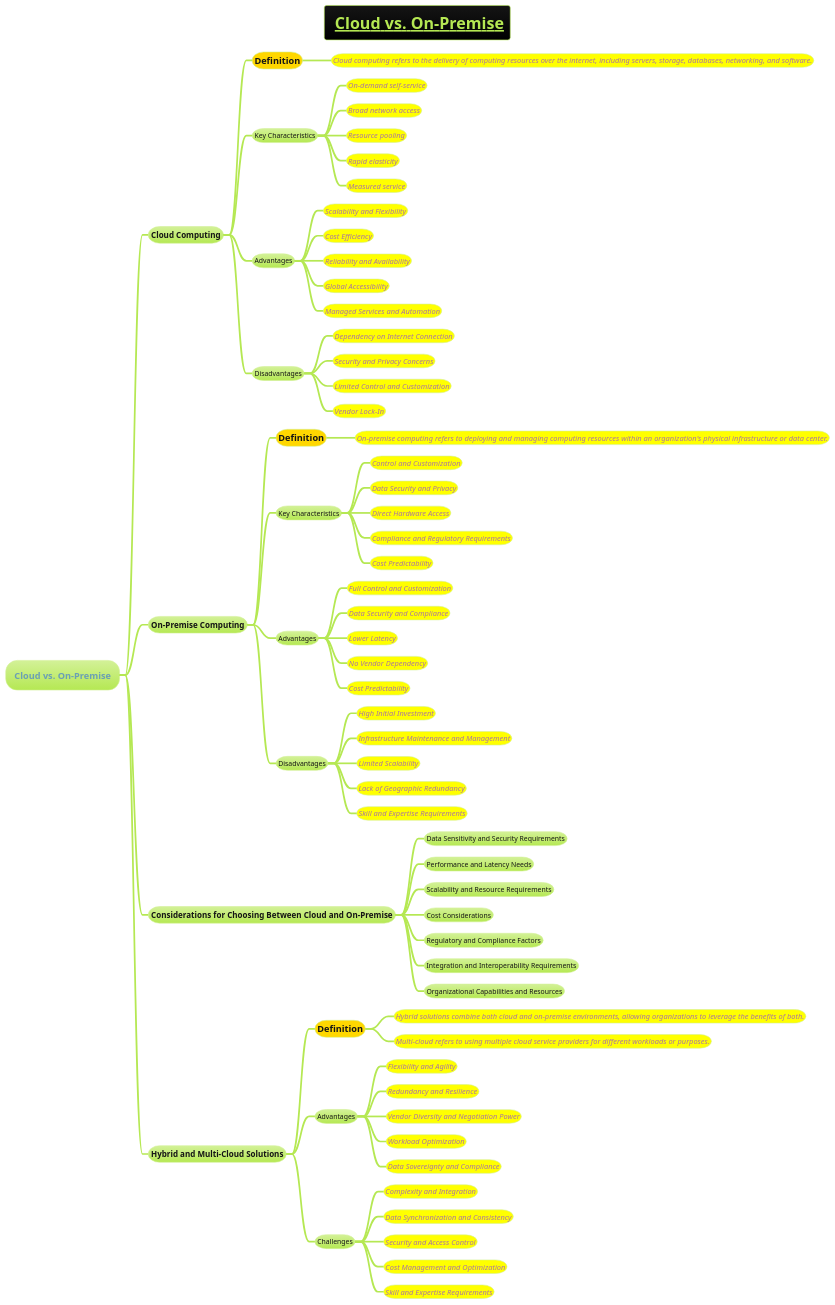
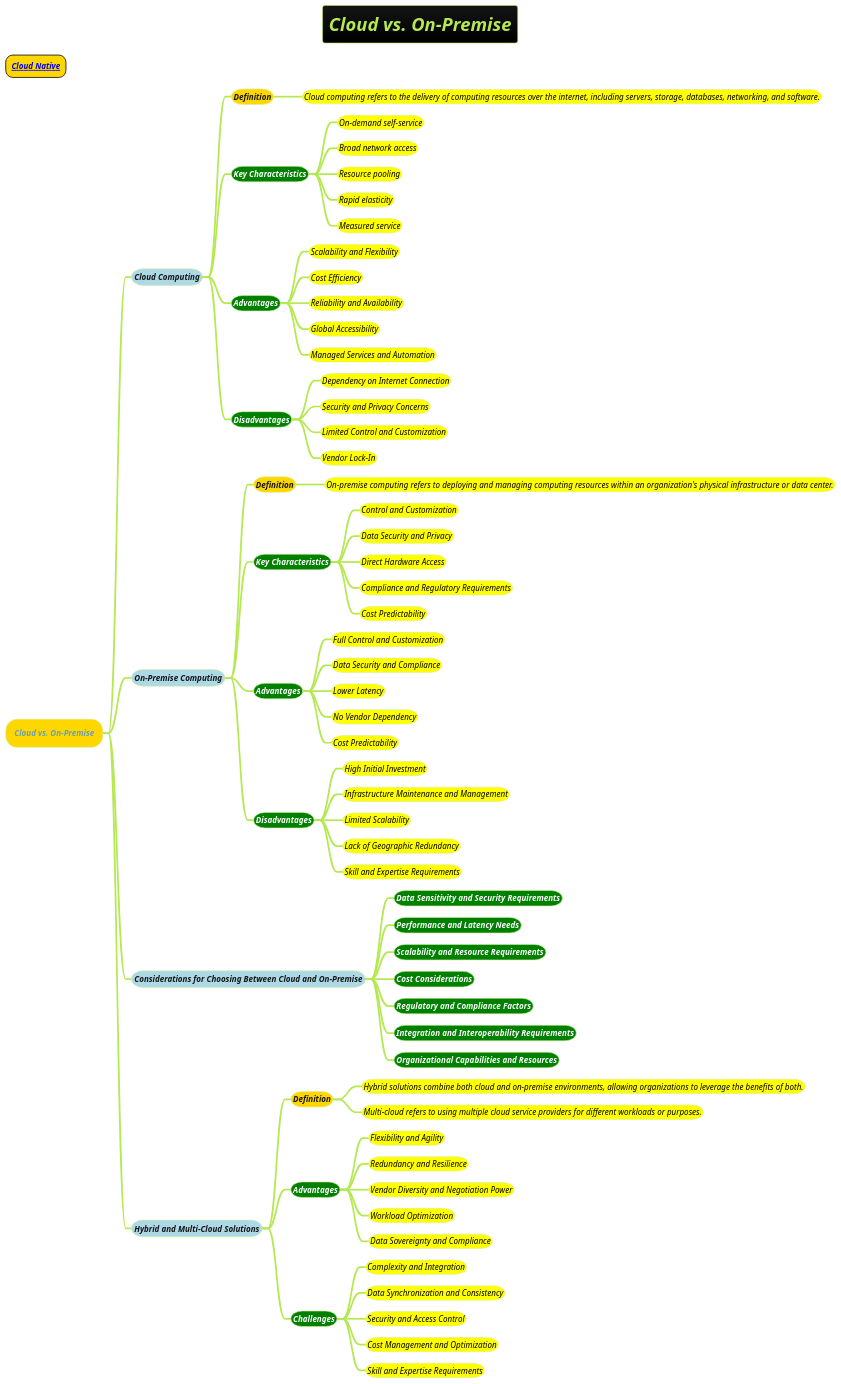
One commit to MehmoodHashmi/Documentation-as-Code-DaC changed the diagram in docs/AI-ML-DL-Data-Science-and-BigData/data-science/data-engineering/Cloud-vs-On-Premise.puml. Above: the diagram before and after it, drawn with PlantUML. The commit also changed 7 other files, not shown here.

```diff
--- a/docs/AI-ML-DL-Data-Science-and-BigData/data-science/data-engineering/Cloud-vs-On-Premise.puml
+++ b/docs/AI-ML-DL-Data-Science-and-BigData/data-science/data-engineering/Cloud-vs-On-Premise.puml
@@ -1,71 +1,72 @@
 @startmindmap
-title =__ Cloud vs. On-Premise__
+title =<b><i>Cloud vs. On-Premise
+*[#gold] <b><i><size:14>[[docs/cloud-computing/Cloud-Native.puml Cloud Native]]
 !theme hacker
 
-* Cloud vs. On-Premise
-** Cloud Computing
-***[#gold] =Definition
-****[#yellow] ====<size:13>Cloud computing refers to the delivery of computing resources over the internet, including servers, storage, databases, networking, and software.
-*** Key Characteristics
-****[#yellow] ====<size:13>On-demand self-service
-****[#yellow] ====<size:13>Broad network access
-****[#yellow] ====<size:13>Resource pooling
-****[#yellow] ====<size:13>Rapid elasticity
-****[#yellow] ====<size:13>Measured service
-*** Advantages
-****[#yellow] ====<size:13>Scalability and Flexibility
-****[#yellow] ====<size:13>Cost Efficiency
-****[#yellow] ====<size:13>Reliability and Availability
-****[#yellow] ====<size:13>Global Accessibility
-****[#yellow] ====<size:13>Managed Services and Automation
-*** Disadvantages
-****[#yellow] ====<size:13>Dependency on Internet Connection
-****[#yellow] ====<size:13>Security and Privacy Concerns
-****[#yellow] ====<size:13>Limited Control and Customization
-****[#yellow] ====<size:13>Vendor Lock-In
-** On-Premise Computing
-***[#gold] =Definition
-****[#yellow] ====<size:13>On-premise computing refers to deploying and managing computing resources within an organization's physical infrastructure or data center.
-*** Key Characteristics
-****[#yellow] ====<size:13>Control and Customization
-****[#yellow] ====<size:13>Data Security and Privacy
-****[#yellow] ====<size:13>Direct Hardware Access
-****[#yellow] ====<size:13>Compliance and Regulatory Requirements
-****[#yellow] ====<size:13>Cost Predictability
-*** Advantages
-****[#yellow] ====<size:13>Full Control and Customization
-****[#yellow] ====<size:13>Data Security and Compliance
-****[#yellow] ====<size:13>Lower Latency
-****[#yellow] ====<size:13>No Vendor Dependency
-****[#yellow] ====<size:13>Cost Predictability
-*** Disadvantages
-****[#yellow] ====<size:13>High Initial Investment
-****[#yellow] ====<size:13>Infrastructure Maintenance and Management
-****[#yellow] ====<size:13>Limited Scalability
-****[#yellow] ====<size:13>Lack of Geographic Redundancy
-****[#yellow] ====<size:13>Skill and Expertise Requirements
-** Considerations for Choosing Between Cloud and On-Premise
-*** Data Sensitivity and Security Requirements
-*** Performance and Latency Needs
-*** Scalability and Resource Requirements
-*** Cost Considerations
-*** Regulatory and Compliance Factors
-*** Integration and Interoperability Requirements
-*** Organizational Capabilities and Resources
-** Hybrid and Multi-Cloud Solutions
-***[#gold] =Definition
-****[#yellow] ====<size:13>Hybrid solutions combine both cloud and on-premise environments, allowing organizations to leverage the benefits of both.
-****[#yellow] ====<size:13>Multi-cloud refers to using multiple cloud service providers for different workloads or purposes.
-*** Advantages
-****[#yellow] ====<size:13>Flexibility and Agility
-****[#yellow] ====<size:13>Redundancy and Resilience
-****[#yellow] ====<size:13>Vendor Diversity and Negotiation Power
-****[#yellow] ====<size:13>Workload Optimization
-****[#yellow] ====<size:13>Data Sovereignty and Compliance
-*** Challenges
-****[#yellow] ====<size:13>Complexity and Integration
-****[#yellow] ====<size:13>Data Synchronization and Consistency
-****[#yellow] ====<size:13>Security and Access Control
-****[#yellow] ====<size:13>Cost Management and Optimization
-****[#yellow] ====<size:13>Skill and Expertise Requirements
+*[#gold] <b><i><size:14>Cloud vs. On-Premise
+**[#lightblue] <b><i><size:14>Cloud Computing
+***[#gold] <b><i><size:14>Definition
+****[#yellow] <i><color:black><size:14>Cloud computing refers to the delivery of computing resources over the internet, including servers, storage, databases, networking, and software.
+***[#green] <b><i><color:white><size:14>Key Characteristics
+****[#yellow] <i><color:black><size:14>On-demand self-service
+****[#yellow] <i><color:black><size:14>Broad network access
+****[#yellow] <i><color:black><size:14>Resource pooling
+****[#yellow] <i><color:black><size:14>Rapid elasticity
+****[#yellow] <i><color:black><size:14>Measured service
+***[#green] <b><i><color:white><size:14>Advantages
+****[#yellow] <i><color:black><size:14>Scalability and Flexibility
+****[#yellow] <i><color:black><size:14>Cost Efficiency
+****[#yellow] <i><color:black><size:14>Reliability and Availability
+****[#yellow] <i><color:black><size:14>Global Accessibility
+****[#yellow] <i><color:black><size:14>Managed Services and Automation
+***[#green] <b><i><color:white><size:14>Disadvantages
+****[#yellow] <i><color:black><size:14>Dependency on Internet Connection
+****[#yellow] <i><color:black><size:14>Security and Privacy Concerns
+****[#yellow] <i><color:black><size:14>Limited Control and Customization
+****[#yellow] <i><color:black><size:14>Vendor Lock-In
+**[#lightblue] <b><i><size:14>On-Premise Computing
+***[#gold] <b><i><size:14>Definition
+****[#yellow] <i><color:black><size:14>On-premise computing refers to deploying and managing computing resources within an organization's physical infrastructure or data center.
+***[#green] <b><i><color:white><size:14>Key Characteristics
+****[#yellow] <i><color:black><size:14>Control and Customization
+****[#yellow] <i><color:black><size:14>Data Security and Privacy
+****[#yellow] <i><color:black><size:14>Direct Hardware Access
+****[#yellow] <i><color:black><size:14>Compliance and Regulatory Requirements
+****[#yellow] <i><color:black><size:14>Cost Predictability
+***[#green] <b><i><color:white><size:14>Advantages
+****[#yellow] <i><color:black><size:14>Full Control and Customization
+****[#yellow] <i><color:black><size:14>Data Security and Compliance
+****[#yellow] <i><color:black><size:14>Lower Latency
+****[#yellow] <i><color:black><size:14>No Vendor Dependency
+****[#yellow] <i><color:black><size:14>Cost Predictability
+***[#green] <b><i><color:white><size:14>Disadvantages
+****[#yellow] <i><color:black><size:14>High Initial Investment
+****[#yellow] <i><color:black><size:14>Infrastructure Maintenance and Management
+****[#yellow] <i><color:black><size:14>Limited Scalability
+****[#yellow] <i><color:black><size:14>Lack of Geographic Redundancy
+****[#yellow] <i><color:black><size:14>Skill and Expertise Requirements
+**[#lightblue] <b><i><size:14>Considerations for Choosing Between Cloud and On-Premise
+***[#green] <b><i><color:white><size:14>Data Sensitivity and Security Requirements
+***[#green] <b><i><color:white><size:14>Performance and Latency Needs
+***[#green] <b><i><color:white><size:14>Scalability and Resource Requirements
+***[#green] <b><i><color:white><size:14>Cost Considerations
+***[#green] <b><i><color:white><size:14>Regulatory and Compliance Factors
+***[#green] <b><i><color:white><size:14>Integration and Interoperability Requirements
+***[#green] <b><i><color:white><size:14>Organizational Capabilities and Resources
+**[#lightblue] <b><i><size:14>Hybrid and Multi-Cloud Solutions
+***[#gold] <b><i><size:14>Definition
+****[#yellow] <i><color:black><size:14>Hybrid solutions combine both cloud and on-premise environments, allowing organizations to leverage the benefits of both.
+****[#yellow] <i><color:black><size:14>Multi-cloud refers to using multiple cloud service providers for different workloads or purposes.
+***[#green] <b><i><color:white><size:14>Advantages
+****[#yellow] <i><color:black><size:14>Flexibility and Agility
+****[#yellow] <i><color:black><size:14>Redundancy and Resilience
+****[#yellow] <i><color:black><size:14>Vendor Diversity and Negotiation Power
+****[#yellow] <i><color:black><size:14>Workload Optimization
+****[#yellow] <i><color:black><size:14>Data Sovereignty and Compliance
+***[#green] <b><i><color:white><size:14>Challenges
+****[#yellow] <i><color:black><size:14>Complexity and Integration
+****[#yellow] <i><color:black><size:14>Data Synchronization and Consistency
+****[#yellow] <i><color:black><size:14>Security and Access Control
+****[#yellow] <i><color:black><size:14>Cost Management and Optimization
+****[#yellow] <i><color:black><size:14>Skill and Expertise Requirements
 @endmindmap
```
